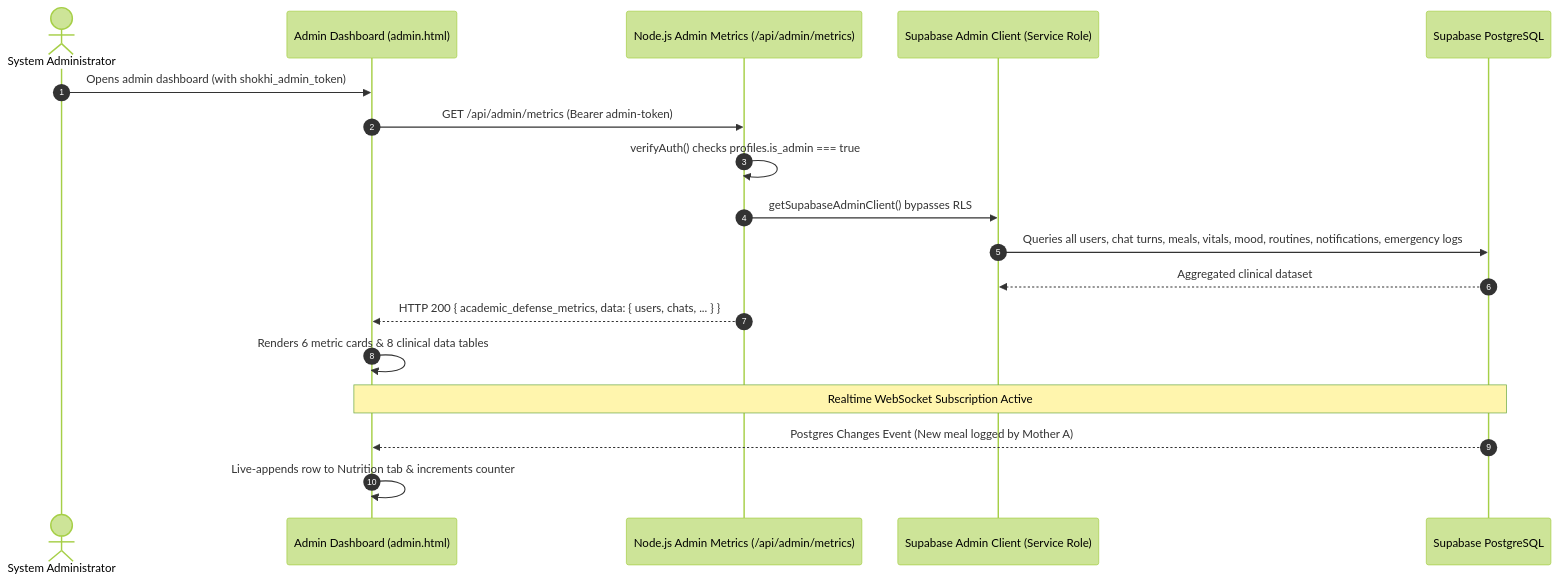
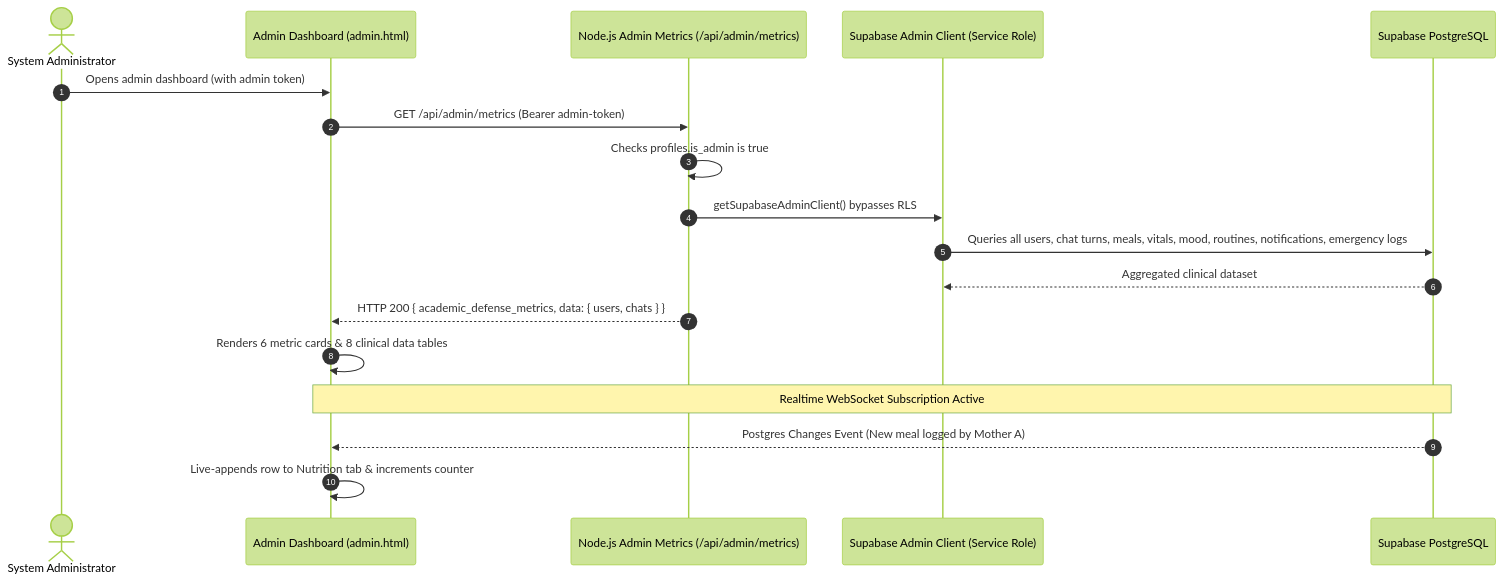
Before and after one commit to aajubairprince-bot/api-connected-: the fifth of 5 diagrams in Shokhi-AI-main/docs/TARGET_ARCHITECTURE.md, drawn with Mermaid (forest theme). The commit also changed other lines of this file and 2 other files, not shown here.

Commit message:
Fix-Mermaid-Diagram-Syntax

````diff
--- a/Shokhi-AI-main/docs/TARGET_ARCHITECTURE.md
+++ b/Shokhi-AI-main/docs/TARGET_ARCHITECTURE.md
@@ -193,22 +192,22 @@
 ```mermaid
 sequenceDiagram
     autonumber
     actor Admin as System Administrator
     participant AdminUI as Admin Dashboard (admin.html)
     participant AdminAPI as Node.js Admin Metrics (/api/admin/metrics)
     participant AdminClient as Supabase Admin Client (Service Role)
     participant DB as Supabase PostgreSQL
 
-    Admin->>AdminUI: Opens admin dashboard (with shokhi_admin_token)
+    Admin->>AdminUI: Opens admin dashboard (with admin token)
     AdminUI->>AdminAPI: GET /api/admin/metrics (Bearer admin-token)
-    AdminAPI->>AdminAPI: verifyAuth() checks profiles.is_admin === true
+    AdminAPI->>AdminAPI: Checks profiles.is_admin is true
     AdminAPI->>AdminClient: getSupabaseAdminClient() bypasses RLS
     AdminClient->>DB: Queries all users, chat turns, meals, vitals, mood, routines, notifications, emergency logs
     DB-->>AdminClient: Aggregated clinical dataset
-    AdminAPI-->>AdminUI: HTTP 200 { academic_defense_metrics, data: { users, chats, ... } }
+    AdminAPI-->>AdminUI: HTTP 200 { academic_defense_metrics, data: { users, chats } }
     AdminUI->>AdminUI: Renders 6 metric cards & 8 clinical data tables
     
     Note over AdminUI,DB: Realtime WebSocket Subscription Active
     DB-->>AdminUI: Postgres Changes Event (New meal logged by Mother A)
     AdminUI->>AdminUI: Live-appends row to Nutrition tab & increments counter
 ```
````
